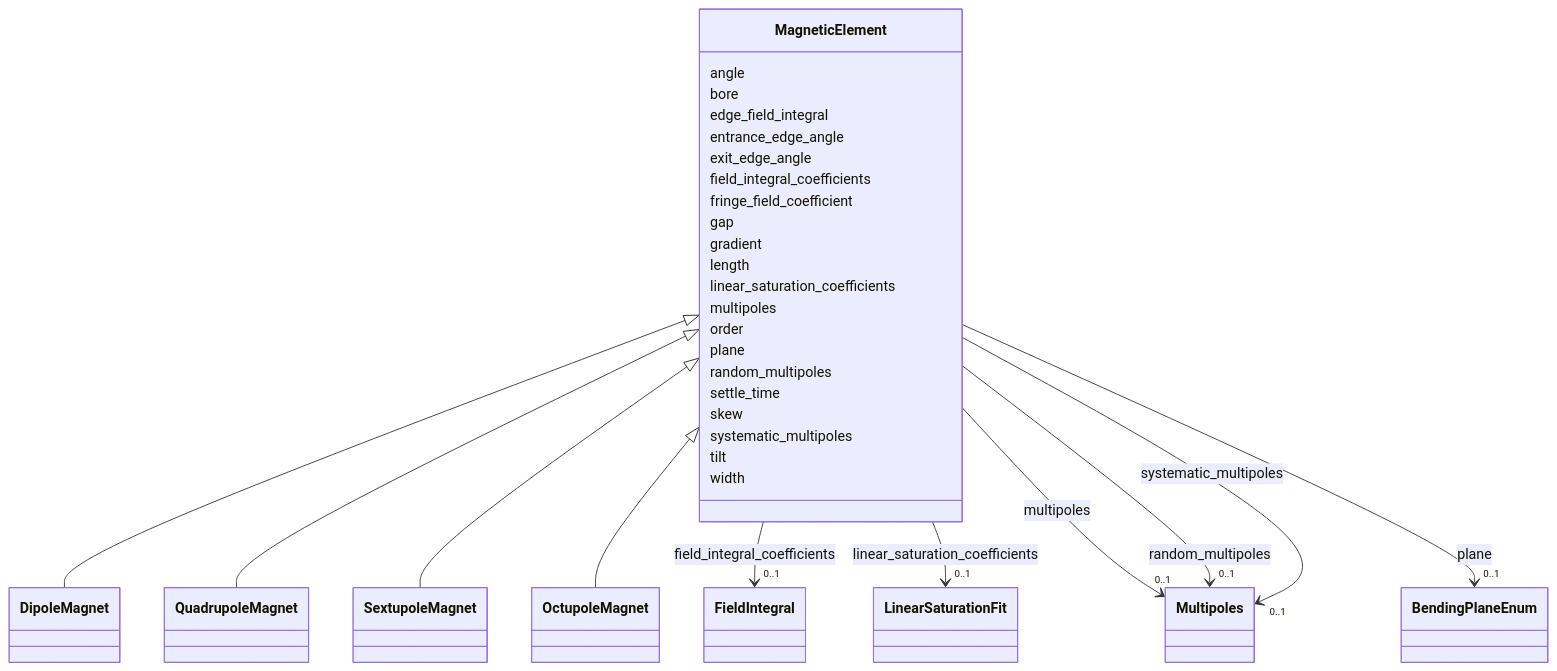
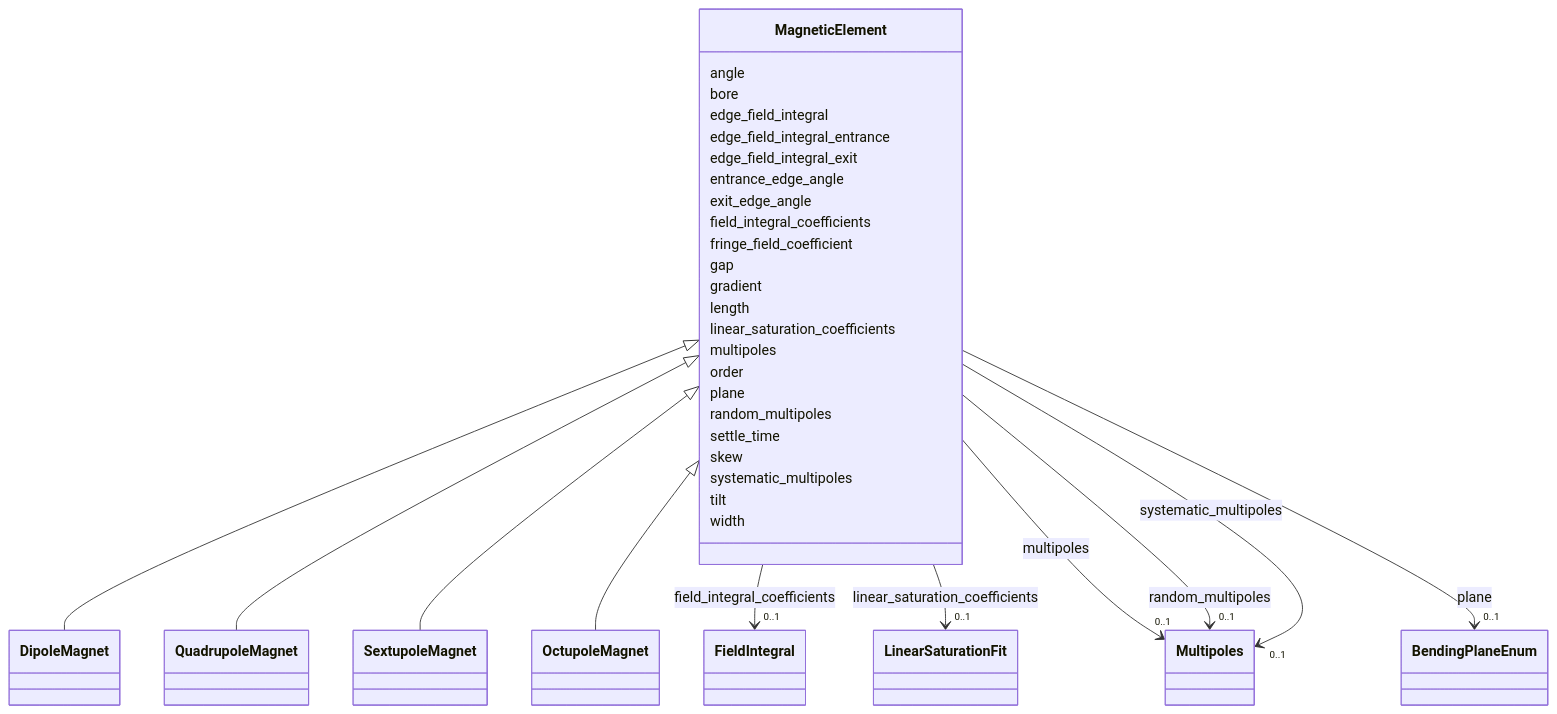
The diagram in docs/source/schema/MagneticElement.md (astec-stfc/laura), drawn with Mermaid before and after one commit. The commit also changed other lines of this file and 292 other files, not shown here.

```diff
--- a/docs/source/schema/MagneticElement.md
+++ b/docs/source/schema/MagneticElement.md
@@ -33,6 +33,10 @@
       MagneticElement : bore
         
       MagneticElement : edge_field_integral
+        
+      MagneticElement : edge_field_integral_entrance
+        
+      MagneticElement : edge_field_integral_exit
         
       MagneticElement : entrance_edge_angle
         
```
